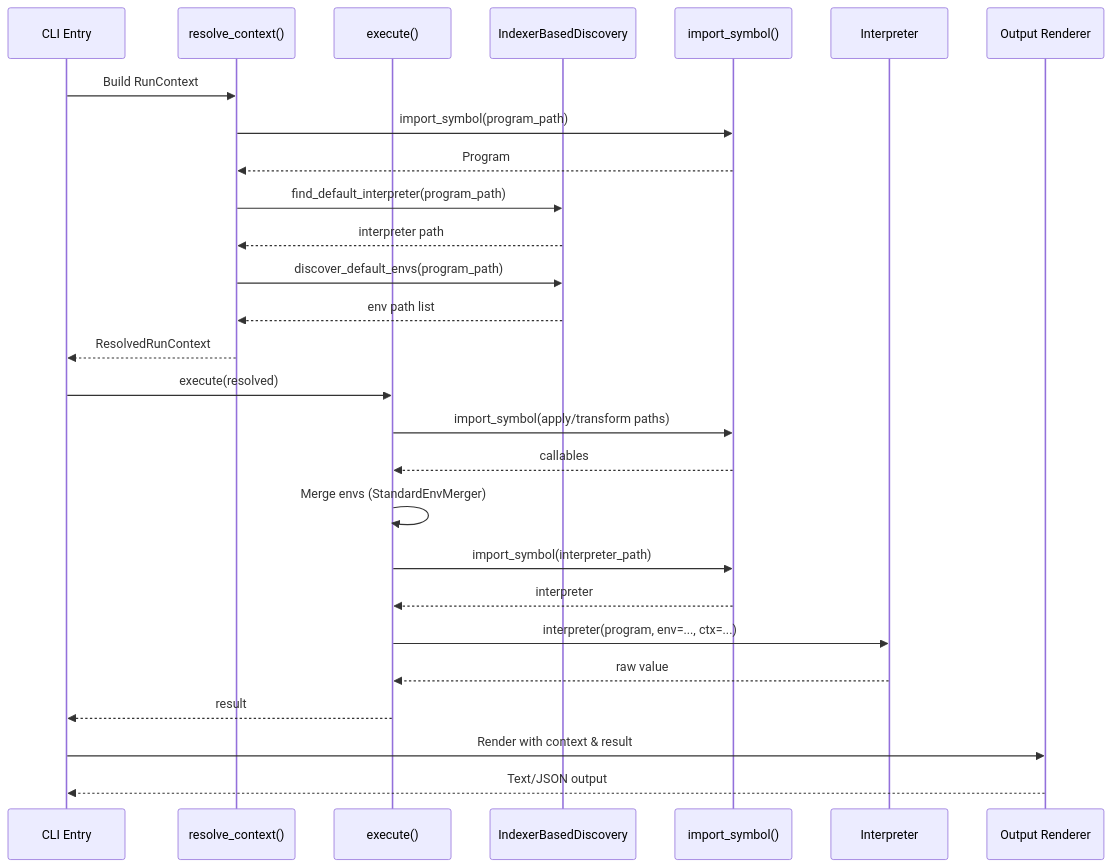
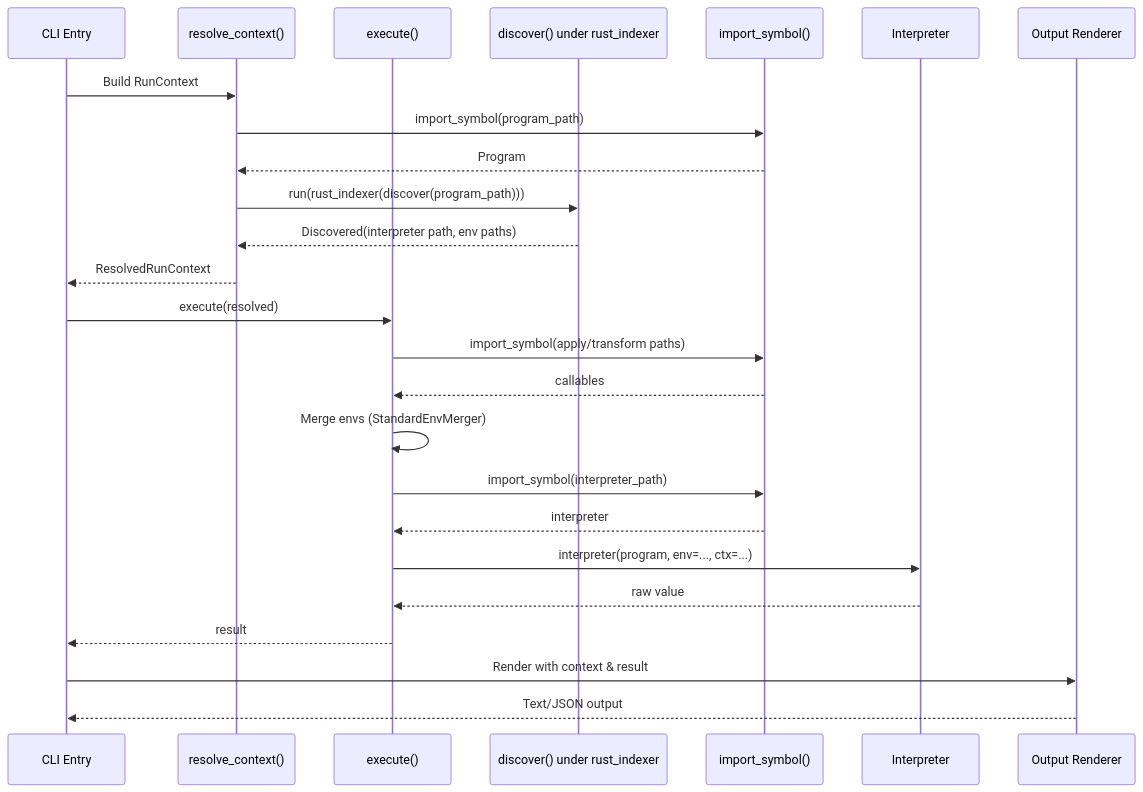
Before and after one commit to proboscis/doeff: the second of 2 diagrams in docs/cli-run-command-architecture.md, drawn with Mermaid. The commit also changed other lines of this file and 17 other files, not shown here.

First line of the commit message:
doeff-indexer の索引を引く口を effect FindSymbols と handler rust_indexer にし、class Indexer を内側の拡張 _native へ移す(agora card ki-1e51e218527e)

````diff
--- a/docs/cli-run-command-architecture.md
+++ b/docs/cli-run-command-architecture.md
@@ -48,30 +47,28 @@
 ```mermaid
 sequenceDiagram
     participant CLI as CLI Entry
     participant RS as resolve_context()
     participant EX as execute()
-    participant DI as IndexerBasedDiscovery
+    participant DI as discover() under rust_indexer
     participant IS as import_symbol()
     participant INT as Interpreter
     participant OUT as Output Renderer
 
     CLI->>RS: Build RunContext
     RS->>IS: import_symbol(program_path)
     IS-->>RS: Program
-    RS->>DI: find_default_interpreter(program_path)
-    DI-->>RS: interpreter path
-    RS->>DI: discover_default_envs(program_path)
-    DI-->>RS: env path list
+    RS->>DI: run(rust_indexer(discover(program_path)))
+    DI-->>RS: Discovered(interpreter path, env paths)
     RS-->>CLI: ResolvedRunContext
     CLI->>EX: execute(resolved)
     EX->>IS: import_symbol(apply/transform paths)
     IS-->>EX: callables
     EX->>EX: Merge envs (StandardEnvMerger)
     EX->>IS: import_symbol(interpreter_path)
     IS-->>EX: interpreter
     EX->>INT: interpreter(program, env=..., ctx=...)
     INT-->>EX: raw value
     EX-->>CLI: result
     CLI->>OUT: Render with context & result
     OUT-->>CLI: Text/JSON output
 ```
````
